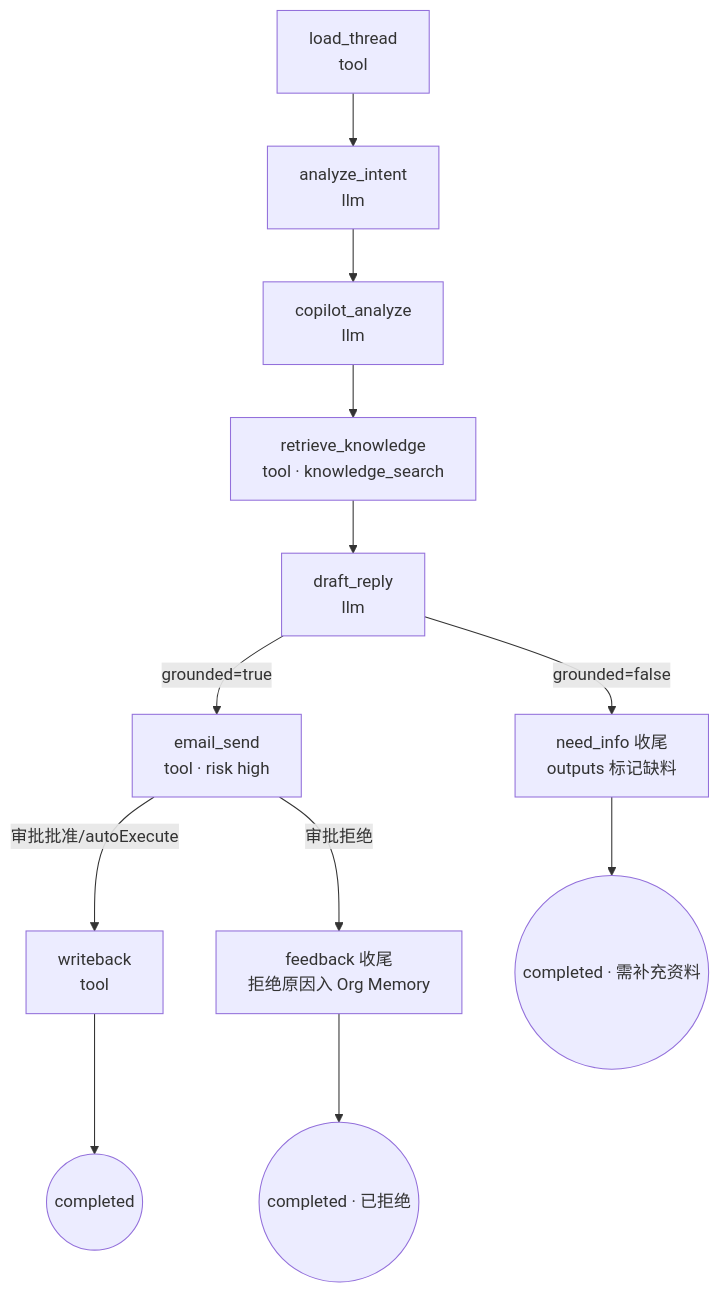
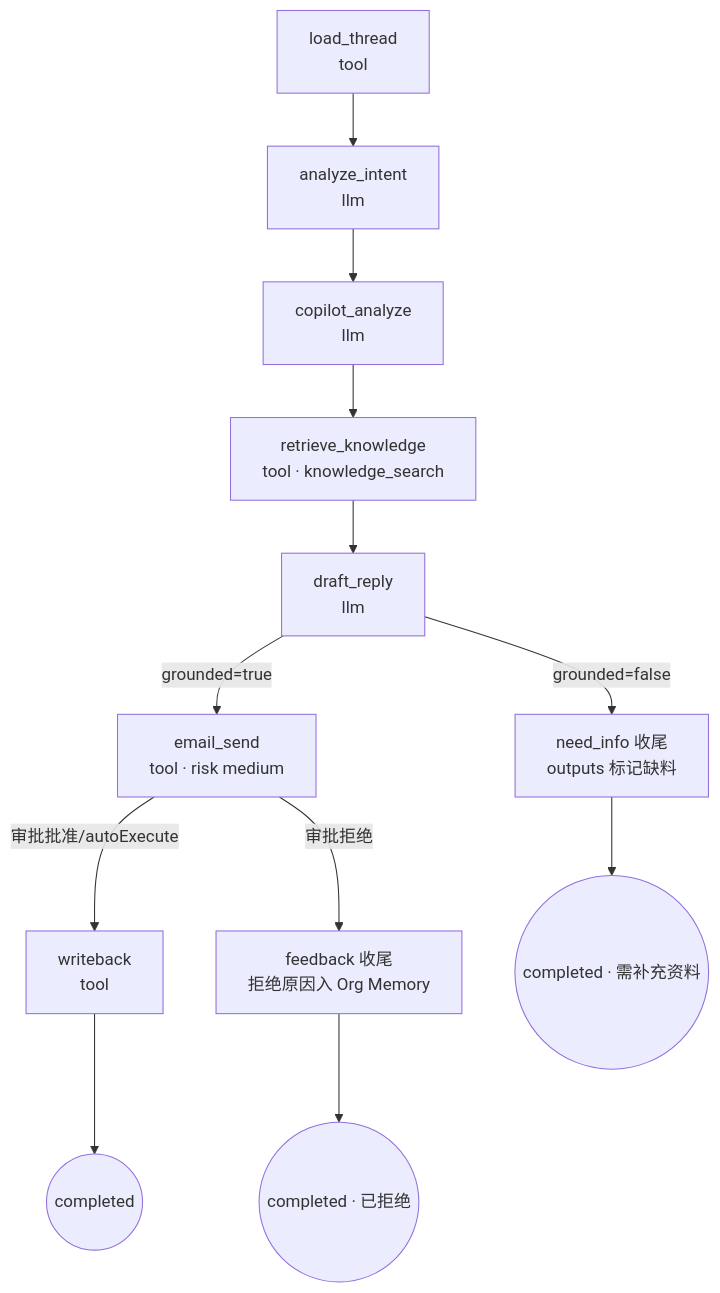
The second of 3 diagrams in 产品需求文档/LangGraph 工作流/00-P0工作流定义.md (luoguoxiong/tradepilot), drawn with Mermaid before and after one commit. The commit also changed other lines of this file and 22 other files, not shown here.

````diff
--- a/产品需求文档/LangGraph 工作流/00-P0工作流定义.md
+++ b/产品需求文档/LangGraph 工作流/00-P0工作流定义.md
@@ -133,14 +133,14 @@
 ```mermaid
 flowchart TB
     A[load_thread<br/>tool] --> B[analyze_intent<br/>llm]
     B --> C[copilot_analyze<br/>llm]
     C --> D[retrieve_knowledge<br/>tool · knowledge_search]
     D --> E[draft_reply<br/>llm]
-    E -- grounded=true --> F[email_send<br/>tool · risk high]
+    E -- grounded=true --> F[email_send<br/>tool · risk medium]
     E -- grounded=false --> G[need_info 收尾<br/>outputs 标记缺料]
     F -- 审批批准/autoExecute --> H[writeback<br/>tool]
     F -- 审批拒绝 --> I[feedback 收尾<br/>拒绝原因入 Org Memory]
     H --> DONE((completed))
     G --> DONE2((completed · 需补充资料))
     I --> DONE3((completed · 已拒绝))
 ```
````
